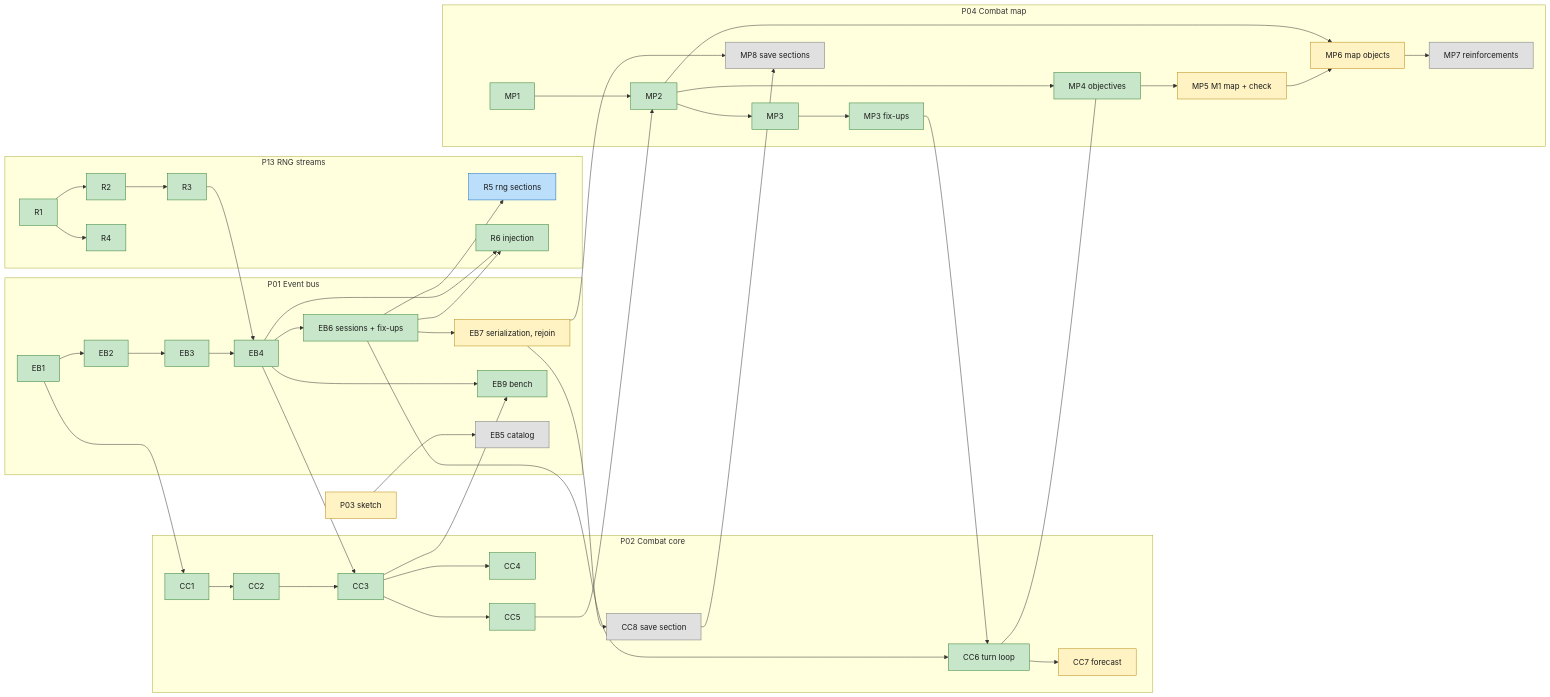
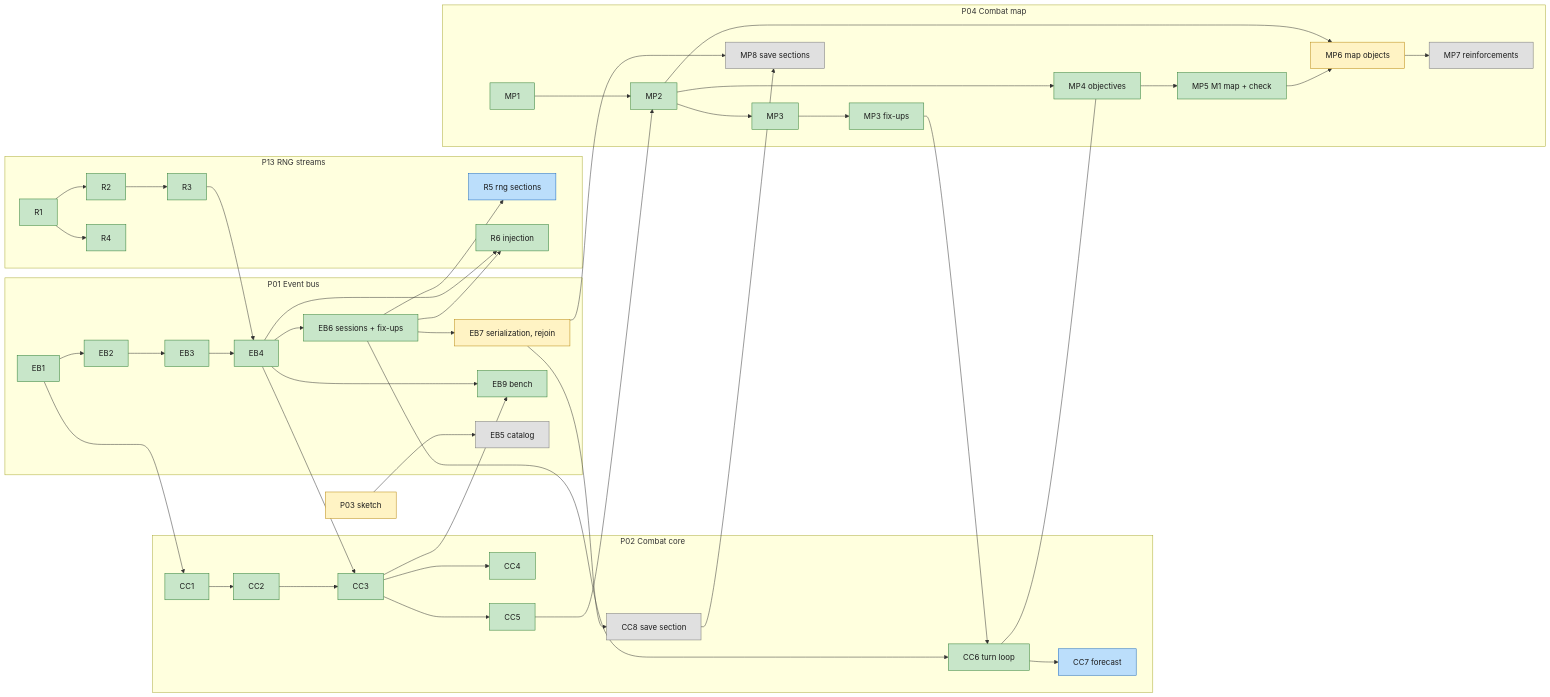
The second of 2 diagrams in docs/plans/game-orchestrator.md (DevinHMurphy/bandit-bash), drawn with Mermaid before and after one commit. The commit also changed other lines of this file and 1 other file, not shown here.

````diff
--- a/docs/plans/game-orchestrator.md
+++ b/docs/plans/game-orchestrator.md
@@ -168,59 +168,59 @@
 ```mermaid
 flowchart LR
   subgraph P13[P13 RNG streams]
     R1 --> R2 --> R3
     R1 --> R4
     R5[R5 rng sections]
     R6[R6 injection]
   end
   subgraph P01[P01 Event bus]
     EB1 --> EB2 --> EB3 --> EB4
     EB4 --> EB6[EB6 sessions + fix-ups]
     EB6 --> EB7[EB7 serialization, rejoin]
     EB4 --> EB9[EB9 bench]
     EB5[EB5 catalog]
   end
   subgraph P02[P02 Combat core]
     CC1 --> CC2 --> CC3
     CC3 --> CC4
     CC3 --> CC5
     CC6[CC6 turn loop]
     CC7[CC7 forecast]
     CC8[CC8 save section]
     CC6 --> CC7
   end
   subgraph P04[P04 Combat map]
     MP1 --> MP2 --> MP3
     MP3 --> MP3F[MP3 fix-ups]
     MP3F --> CC6
     MP2 --> MP4[MP4 objectives]
     MP4 --> MP5[MP5 M1 map + check]
     MP2 --> MP6[MP6 map objects]
     MP5 --> MP6
     MP6 --> MP7[MP7 reinforcements]
     MP8[MP8 save sections]
   end
   P03S[P03 sketch] --> EB5
   R3 --> EB4
   EB1 --> CC1
   EB4 --> CC3
   CC3 --> EB9
   CC5 --> MP2
   EB6 --> CC6
   CC6 --- MP4
   EB6 --> R5
   EB4 --> R6
   EB6 --> R6
   EB7 --> CC8
   EB7 --> MP8
   CC8 --> MP8
 
   classDef done fill:#c8e6c9,stroke:#2e7d32,color:#1b1b1b
   classDef active fill:#bbdefb,stroke:#1565c0,color:#1b1b1b
   classDef ready fill:#fff3c4,stroke:#b8860b,color:#1b1b1b
   classDef waiting fill:#e0e0e0,stroke:#757575,color:#1b1b1b
-  class R1,R2,R3,R4,R6,EB1,EB2,EB3,EB4,EB6,EB9,CC1,CC2,CC3,CC4,CC5,CC6,MP1,MP2,MP3,MP3F,MP4 done
-  class R5 active
-  class EB7,CC7,MP5,MP6,P03S ready
+  class R1,R2,R3,R4,R6,EB1,EB2,EB3,EB4,EB6,EB9,CC1,CC2,CC3,CC4,CC5,CC6,MP1,MP2,MP3,MP3F,MP4,MP5 done
+  class R5,CC7 active
+  class EB7,MP6,P03S ready
   class EB5,CC8,MP7,MP8 waiting
 ```
````
